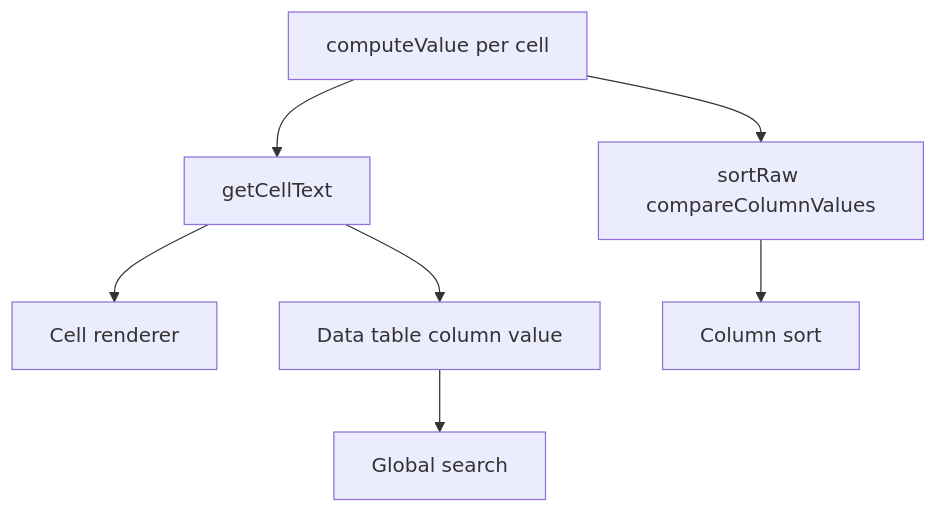
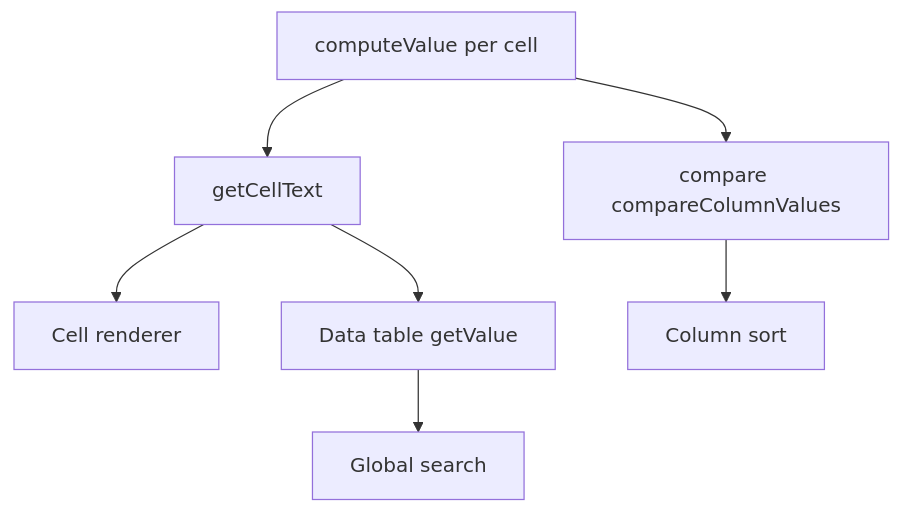
Before and after one commit to Esposter/Esposter: the diagram in apps/web/content/docs/resource/sheet/cell-formatting.md, drawn with Mermaid.

Commit message:
docs(sheet): the cell-formatting diagram names the compare and getValue column API
Answers: 4095254524

````diff
--- a/apps/web/content/docs/resource/sheet/cell-formatting.md
+++ b/apps/web/content/docs/resource/sheet/cell-formatting.md
@@ -27,9 +27,9 @@
 ```mermaid
 flowchart TD
   V[computeValue per cell] --> G[getCellText]
-  V --> S[sortRaw compareColumnValues]
+  V --> S[compare compareColumnValues]
   G --> R[Cell renderer]
-  G --> F[Data table column value]
+  G --> F[Data table getValue]
   F --> Q[Global search]
   S --> O[Column sort]
 ```
````
